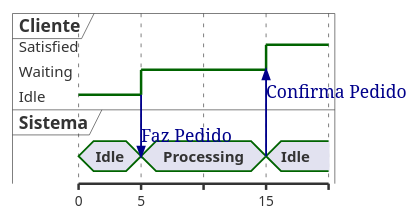
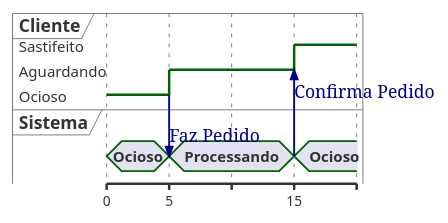
One commit to LeonardoVieiraGuimaraes/OrientacaoObjetos changed the diagram in UML/DiagramasComportamentais/Tempo.puml. Above: the diagram before and after it, drawn with PlantUML. The commit also changed 9 other files, not shown here.

```diff
--- a/UML/DiagramasComportamentais/Tempo.puml
+++ b/UML/DiagramasComportamentais/Tempo.puml
@@ -1,18 +1,18 @@
-@startuml
+@startuml tempo
 robust "Cliente" as C
 concise "Sistema" as S
 
 @0
-C is Idle
-S is Idle
+C is Ocioso
+S is Ocioso
 
 @+5
 C -> S: Faz Pedido
-C is Waiting
-S is Processing
+C is Aguardando
+S is Processando
 
 @+10
 S --> C: Confirma Pedido
-C is Satisfied
-S is Idle
+C is Sastifeito
+S is Ocioso
 @enduml
```
